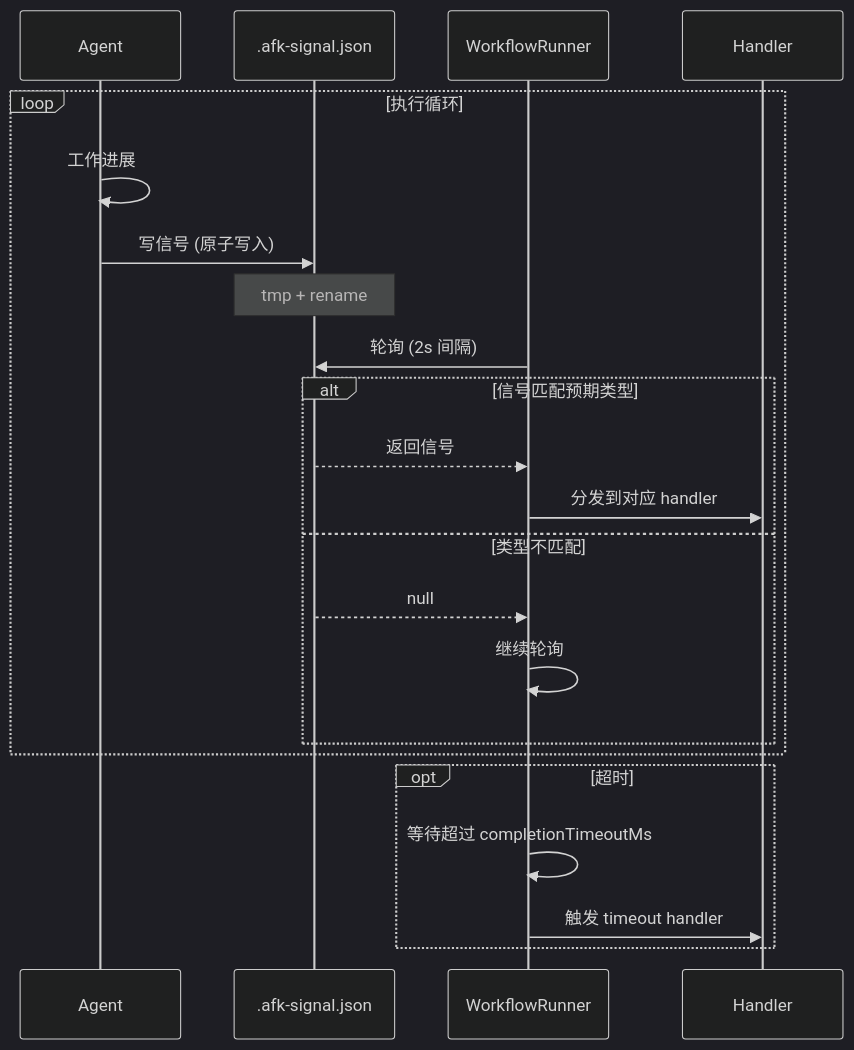
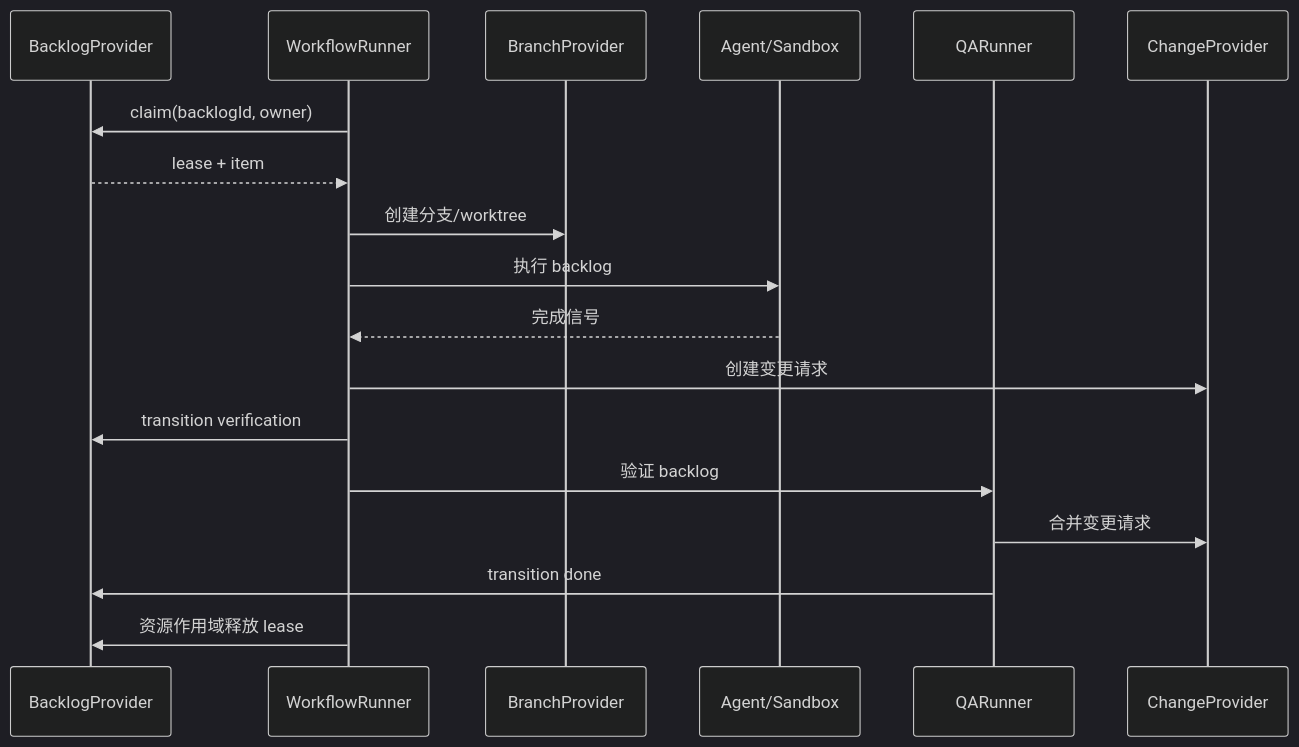
The diagram in docs/ARCHITECTURE_zh.md (easyhaloo/afk), drawn with Mermaid (dark theme) before and after one commit. The commit also changed other lines of this file and 202 other files, not shown here.

````diff
--- a/docs/ARCHITECTURE_zh.md
+++ b/docs/ARCHITECTURE_zh.md
@@ -338,27 +67,21 @@
 ```mermaid
 sequenceDiagram
-    participant A as Agent
-    participant FS as .afk-signal.json
+    participant P as BacklogProvider
     participant R as WorkflowRunner
-    participant H as Handler
+    participant B as BranchProvider
+    participant A as Agent/Sandbox
+    participant Q as QARunner
+    participant C as ChangeProvider
 
-    loop 执行循环
-        A->>A: 工作进展
-        A->>FS: 写信号 (原子写入)
-        Note over FS: tmp + rename
-
-        R->>FS: 轮询 (2s 间隔)
-        alt 信号匹配预期类型
-            FS-->>R: 返回信号
-            R->>H: 分发到对应 handler
-        else 类型不匹配
-            FS-->>R: null
-            R->>R: 继续轮询
-        end
-    end
-
-    opt 超时
-        R->>R: 等待超过 completionTimeoutMs
-        R->>H: 触发 timeout handler
-    end
+    R->>P: claim(backlogId, owner)
+    P-->>R: lease + item
+    R->>B: 创建分支/worktree
+    R->>A: 执行 backlog
+    A-->>R: 完成信号
+    R->>C: 创建变更请求
+    R->>P: transition verification
+    R->>Q: 验证 backlog
+    Q->>C: 合并变更请求
+    Q->>P: transition done
+    R->>P: 资源作用域释放 lease
 ```
````
